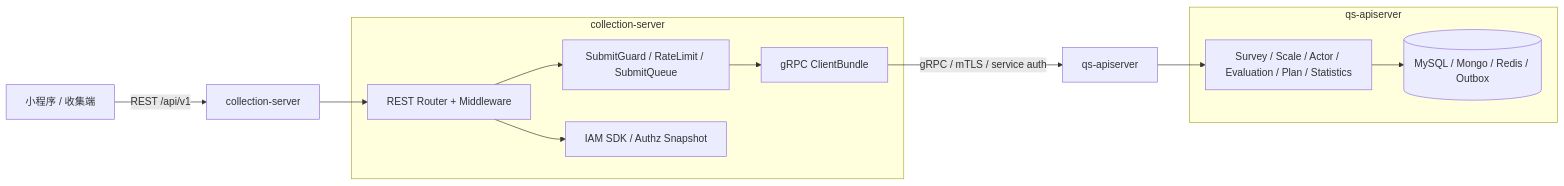
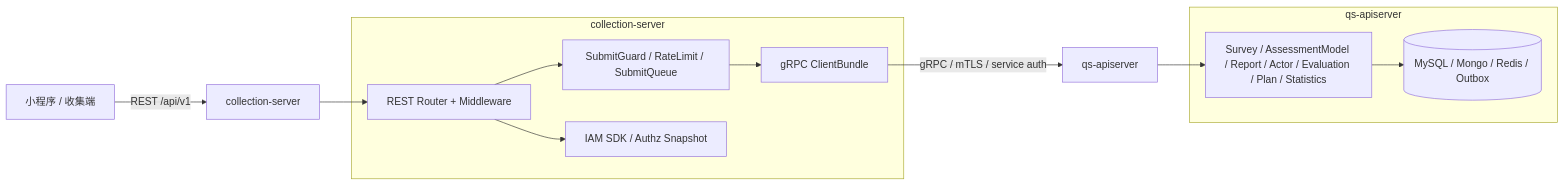
The first of 9 diagrams in docs/01-运行时/02-collection-server运行时.md (FangcunMount/qs-server), drawn with Mermaid before and after one commit. The commit also changed other lines of this file and 69 other files, not shown here.

````diff
--- a/docs/01-运行时/02-collection-server运行时.md
+++ b/docs/01-运行时/02-collection-server运行时.md
@@ -31,26 +31,26 @@
 ```mermaid
 flowchart LR
     Client[小程序 / 收集端] -->|REST /api/v1| COL[collection-server]
 
     subgraph col[collection-server]
         REST[REST Router + Middleware]
         Guard[SubmitGuard / RateLimit / SubmitQueue]
         IAM[IAM SDK / Authz Snapshot]
         Clients[gRPC ClientBundle]
     end
 
     COL --> REST
     REST --> IAM
     REST --> Guard
     Guard --> Clients
 
     Clients -->|gRPC / mTLS / service auth| API[qs-apiserver]
 
     subgraph api[qs-apiserver]
-        Domain[Survey / Scale / Actor / Evaluation / Plan / Statistics]
+        Domain[Survey / AssessmentModel / Report / Actor / Evaluation / Plan / Statistics]
         Store[(MySQL / Mongo / Redis / Outbox)]
     end
 
     API --> Domain
     Domain --> Store
 ```
````
